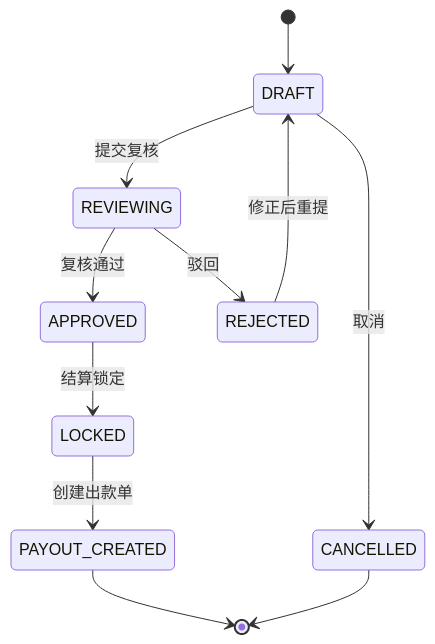
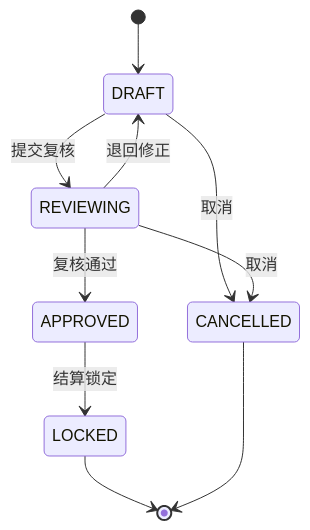
Diagram 16 of 17 in docs/系分设计/03-清结算与对账系分设计.md (fengwuxp/wind-funds), drawn with Mermaid before and after one commit. The commit also changed other lines of this file and 84 other files, not shown here.

````diff
--- a/docs/系分设计/03-清结算与对账系分设计.md
+++ b/docs/系分设计/03-清结算与对账系分设计.md
@@ -940,13 +940,12 @@
 ```mermaid
 stateDiagram
     [*] --> DRAFT
     DRAFT --> REVIEWING: 提交复核
     REVIEWING --> APPROVED: 复核通过
-    REVIEWING --> REJECTED: 驳回
+    REVIEWING --> DRAFT: 退回修正
     APPROVED --> LOCKED: 结算锁定
-    LOCKED --> PAYOUT_CREATED: 创建出款单
     DRAFT --> CANCELLED: 取消
-    REJECTED --> DRAFT: 修正后重提
-    PAYOUT_CREATED --> [*]
+    REVIEWING --> CANCELLED: 取消
+    LOCKED --> [*]
     CANCELLED --> [*]
 ```
````
